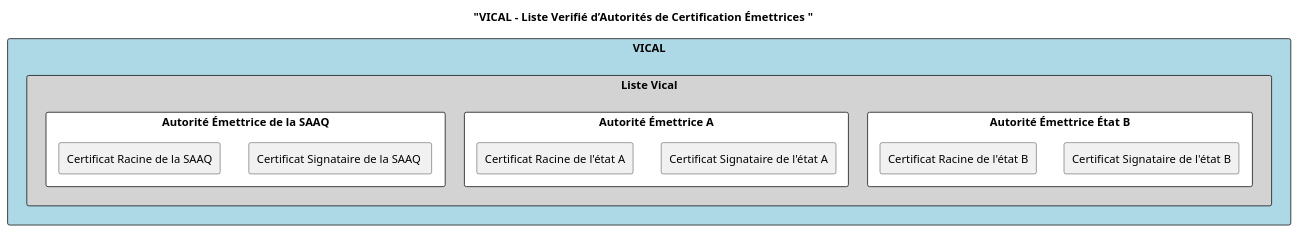
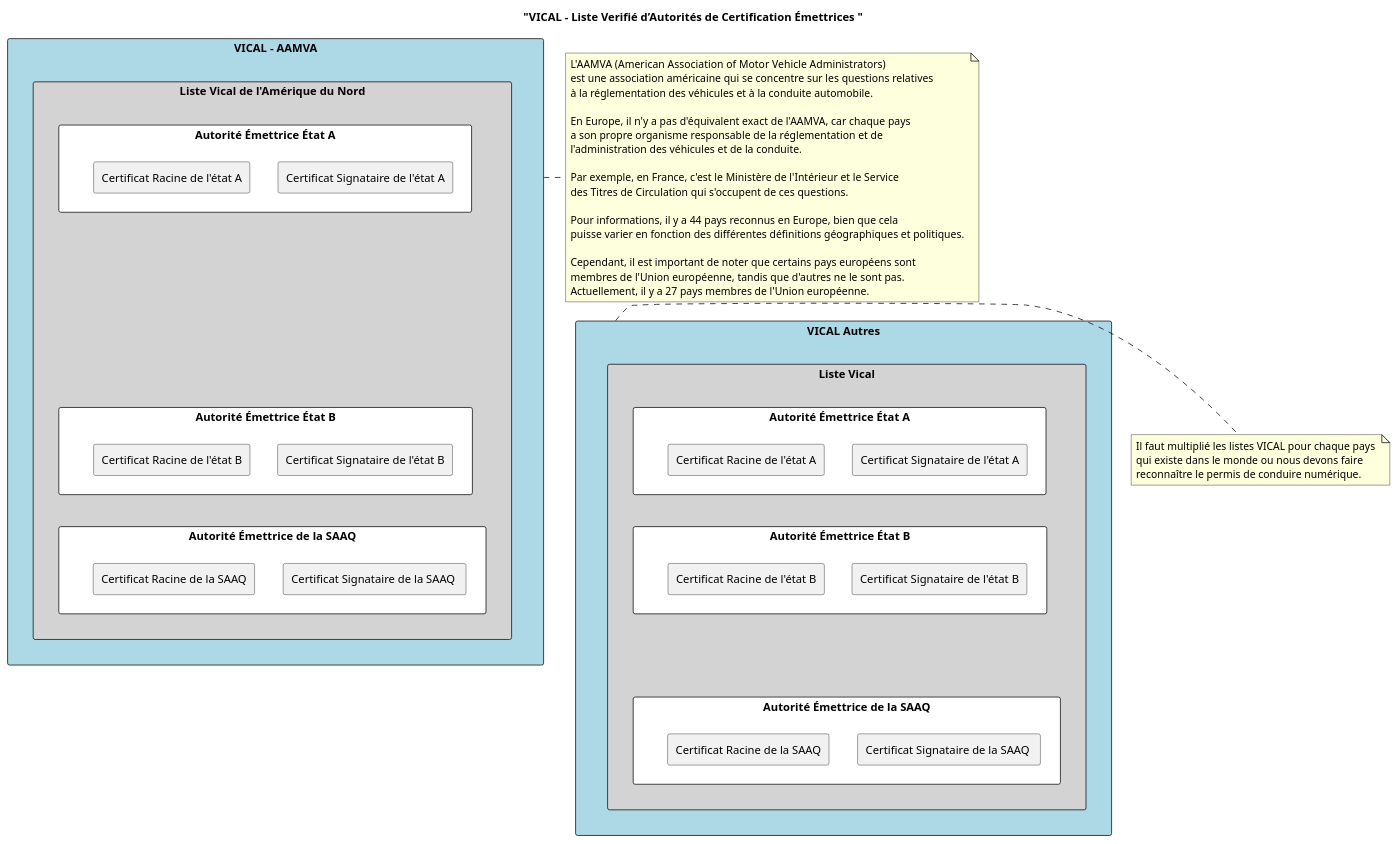
The diagram in documentation/Architecture/architecture2.puml (CQEN-QDCE/exp-mdl), drawn with PlantUML before and after one commit. The commit also changed 4 other files, not shown here.

Commit message:
version final diagramme d'architecture du registre de preuves

```diff
--- a/documentation/Architecture/architecture2.puml
+++ b/documentation/Architecture/architecture2.puml
@@ -1,28 +1,82 @@
 @startuml Vical
 allow_mixing
 
 title 
     "VICAL - Liste Verifié d’Autorités de Certification Émettrices "
 end title
 
-rectangle VICAL as vical #LightBlue{
+rectangle "VICAL - AAMVA" as vicalaamva #LightBlue{
     ' Liste Vical
-    rectangle "Liste Vical" as liste #LightGray{
+    rectangle "Liste Vical de l'Amérique du Nord" as listeaamva #LightGray{
+            rectangle "Autorité Émettrice État A" as aea #White{
+                rectangle "Certificat Signataire de l'état A" as csa
+                rectangle "Certificat Racine de l'état A" as cra
+            }
+
             rectangle "Autorité Émettrice État B" as aeb #White{
                 rectangle "Certificat Signataire de l'état B" as csb
                 rectangle "Certificat Racine de l'état B" as crb
-            }
-            rectangle "Autorité Émettrice A" as aea #White{
-                rectangle "Certificat Signataire de l'état A" as csa
-                rectangle "Certificat Racine de l'état A" as cra
             }
 
             rectangle "Autorité Émettrice de la SAAQ" as aesaaq  #White{
                 rectangle "Certificat Signataire de la SAAQ " as cssaaq
                 rectangle "Certificat Racine de la SAAQ" as crsaaq
             }
+
+            aea -[hidden]down- aeb
+            aeb -[hidden]down- aesaaq
     }
 }
 
+note right of vicalaamva
+    L'AAMVA (American Association of Motor Vehicle Administrators) 
+    est une association américaine qui se concentre sur les questions relatives 
+    à la réglementation des véhicules et à la conduite automobile.
+
+    En Europe, il n'y a pas d'équivalent exact de l'AAMVA, car chaque pays 
+    a son propre organisme responsable de la réglementation et de 
+    l'administration des véhicules et de la conduite. 
+    
+    Par exemple, en France, c'est le Ministère de l'Intérieur et le Service 
+    des Titres de Circulation qui s'occupent de ces questions. 
+    
+    Pour informations, il y a 44 pays reconnus en Europe, bien que cela 
+    puisse varier en fonction des différentes définitions géographiques et politiques. 
+
+    Cependant, il est important de noter que certains pays européens sont 
+    membres de l'Union européenne, tandis que d'autres ne le sont pas. 
+    Actuellement, il y a 27 pays membres de l'Union européenne.
+end note
+
+rectangle "VICAL Autres" as vical #LightBlue{
+    ' Liste Vical
+    rectangle "Liste Vical" as liste #LightGray{
+            rectangle "Autorité Émettrice État A" as aex #White{
+                rectangle "Certificat Signataire de l'état A" as csx
+                rectangle "Certificat Racine de l'état A" as crx
+            }
+
+            rectangle "Autorité Émettrice État B" as aey #White{
+                rectangle "Certificat Signataire de l'état B" as csy
+                rectangle "Certificat Racine de l'état B" as cry
+            }
+
+            rectangle "Autorité Émettrice de la SAAQ" as aesaaq2  #White{
+                rectangle "Certificat Signataire de la SAAQ " as cssaaq2
+                rectangle "Certificat Racine de la SAAQ" as crsaaq2
+            }
+
+            aex -[hidden]down- aey
+            aey -[hidden]down- aesaaq2
+    }
+}
+
+note right of vical
+    Il faut multiplié les listes VICAL pour chaque pays 
+    qui existe dans le monde ou nous devons faire 
+    reconnaître le permis de conduire numérique.
+end note
+
+vicalaamva -[hidden]down- vical
 
 @enduml
```
